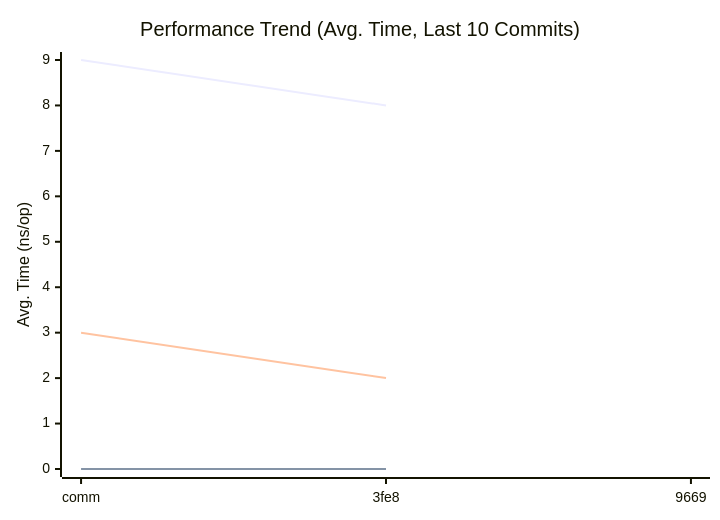
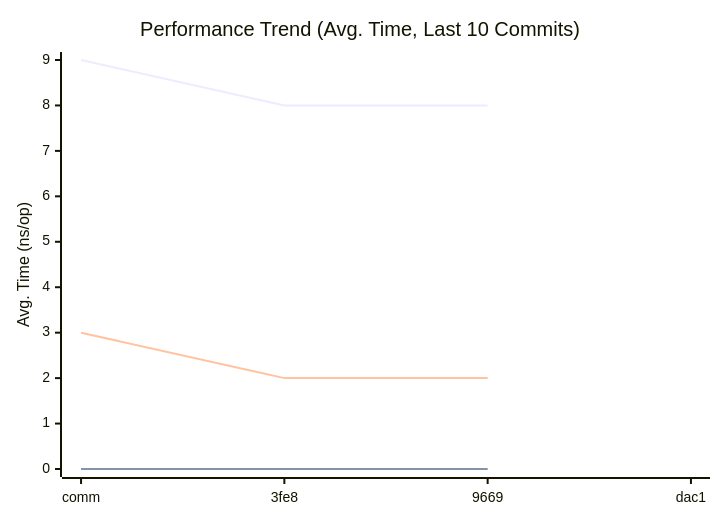
The first of 3 diagrams in doc/README.md (alsotoes/momo), drawn with Mermaid before and after one commit. The commit also changed other lines of this file and 1 other file, not shown here.

````diff
--- a/doc/README.md
+++ b/doc/README.md
@@ -281,10 +281,11 @@
 ```mermaid
 xychart-beta
     title "Performance Trend (Avg. Time, Last 10 Commits)"
     x-axis "Commit"
     y-axis "Avg. Time (ns/op)"
-    x-axis [comm,3fe8,9669]
-    line "CheckMetricsAndSwap" [9,8]
-    line "IndexDirectTracking" [0,0]
-    line "IndexSearch" [3,2]
+    x-axis [comm,3fe8,9669,dac1]
+
+    line "CheckMetricsAndSwap" [9,8,8]
+    line "IndexDirectTracking" [0,0,0]
+    line "IndexSearch" [3,2,2]
 ```
````
